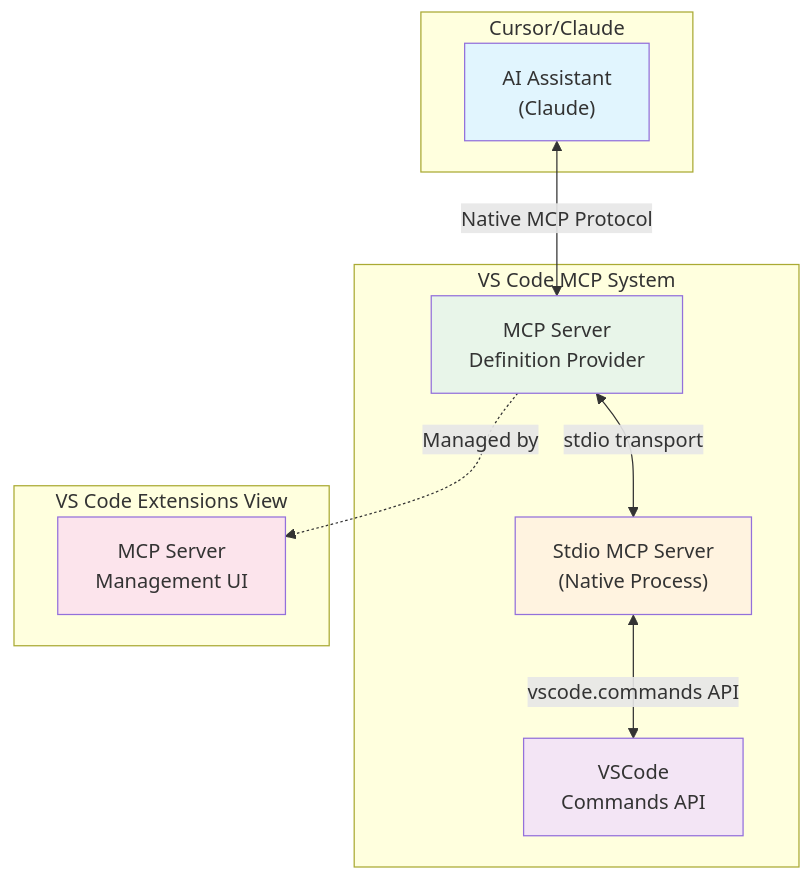
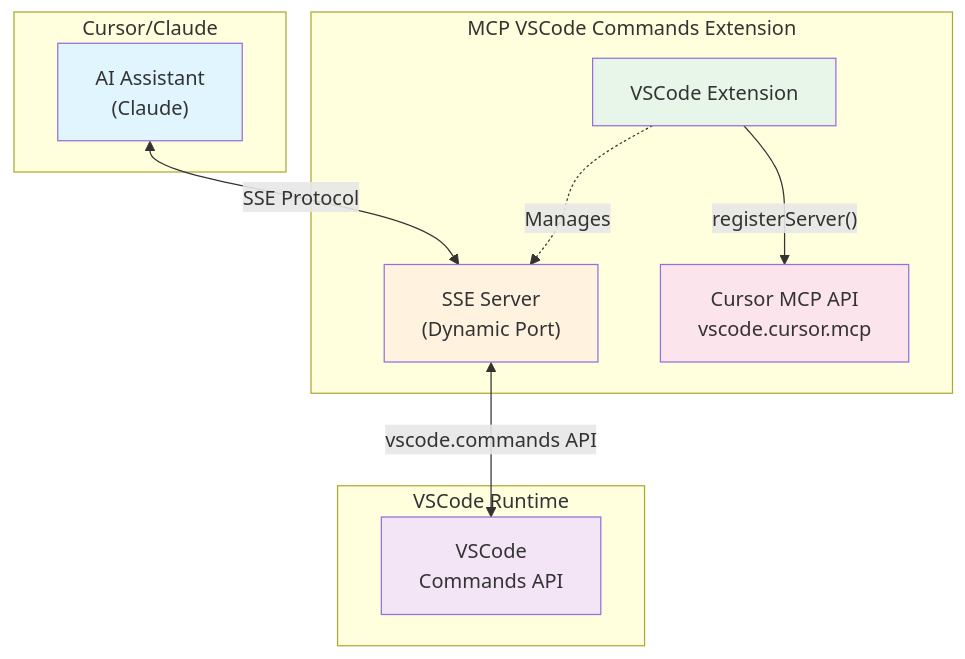
Before and after one commit to louisfghbvc/mcp-vscode-commands: the first of 2 diagrams in README.md, drawn with Mermaid. The commit also changed other lines of this file and 5 other files, not shown here.

Commit message:
更新 package.json 和 README.md，調整擴展描述以反映使用 SSE 架構的變更，並更新 VS Code 引擎版本至 ^1.74.0。重構 extension.ts，移除舊的 MCP Provider，新增自動啟動和狀態查詢命令，簡化擴展啟動流程。刪除不再使用的檔案以清理代碼庫。

````diff
--- a/README.md
+++ b/README.md
@@ -18,27 +18,27 @@
 ```mermaid
 graph TB
     subgraph "Cursor/Claude"
         LLM["AI Assistant<br/>(Claude)"]
     end
     
-    subgraph "VS Code MCP System"
-        Provider["MCP Server<br/>Definition Provider"]
-        Server["Stdio MCP Server<br/>(Native Process)"]
+    subgraph "MCP VSCode Commands Extension"
+        Extension["VSCode Extension"]
+        SSEServer["SSE Server<br/>(Dynamic Port)"]
+        API["Cursor MCP API<br/>vscode.cursor.mcp"]
+    end
+    
+    subgraph "VSCode Runtime"
         Commands["VSCode<br/>Commands API"]
     end
     
-    subgraph "VS Code Extensions View"
-        Management["MCP Server<br/>Management UI"]
-    end
-    
-    LLM <-->|"Native MCP Protocol"| Provider
-    Provider <-->|"stdio transport"| Server
-    Server <-->|"vscode.commands API"| Commands
-    Provider -.->|"Managed by"| Management
+    LLM <-->|"SSE Protocol"| SSEServer
+    Extension -->|"registerServer()"| API
+    SSEServer <-->|"vscode.commands API"| Commands
+    Extension -.->|"Manages"| SSEServer
     
     style LLM fill:#e1f5fe
-    style Provider fill:#e8f5e9  
-    style Server fill:#fff3e0
+    style Extension fill:#e8f5e9  
+    style SSEServer fill:#fff3e0
     style Commands fill:#f3e5f5
-    style Management fill:#fce4ec
+    style API fill:#fce4ec
 ```
````
